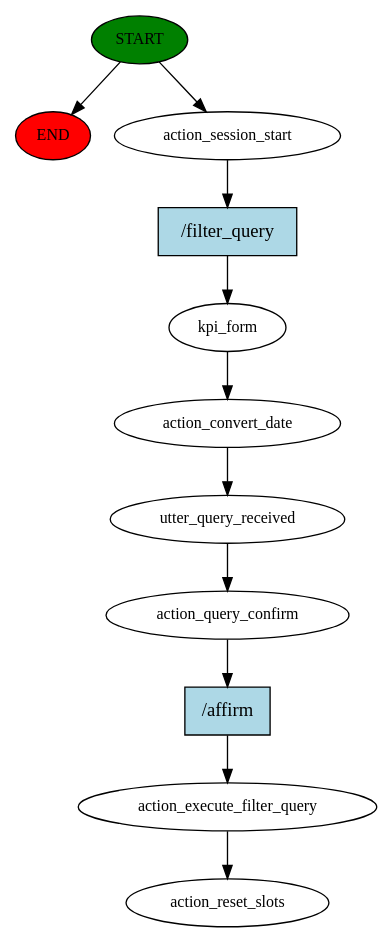
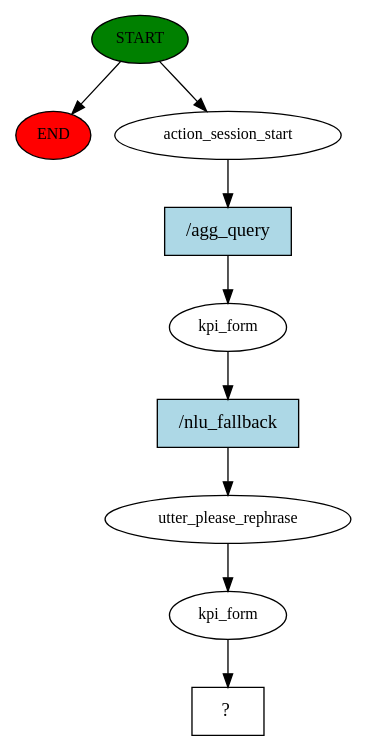
Before and after one commit to yuqiong11/kpichat: the diagram in story_graph.dot, drawn with Graphviz. The commit also changed 34 other files, not shown here.

Commit message:
output sql template for intent:agg_query

```diff
--- a/story_graph.dot
+++ b/story_graph.dot
@@ -1,23 +1,19 @@
 digraph  {
 0 [class="start active", fillcolor=green, fontsize=12, label=START, style=filled];
 "-1" [class=end, fillcolor=red, fontsize=12, label=END, style=filled];
 1 [class=active, fontsize=12, label=action_session_start];
 2 [class=active, fontsize=12, label=kpi_form];
-3 [class=active, fontsize=12, label=action_convert_date];
-4 [class=active, fontsize=12, label=utter_query_received];
-5 [class=active, fontsize=12, label=action_query_confirm];
-6 [class=active, fontsize=12, label=action_execute_filter_query];
-7 [class="dashed active", fontsize=12, label=action_reset_slots];
-8 [class="intent active", fillcolor=lightblue, label="/filter_query", shape=rect, style=filled];
-9 [class="intent active", fillcolor=lightblue, label="/affirm", shape=rect, style=filled];
+3 [class=active, fontsize=12, label=utter_please_rephrase];
+4 [class=active, fontsize=12, label=kpi_form];
+5 [class="intent dashed active", label="  ?  ", shape=rect];
+6 [class="intent active", fillcolor=lightblue, label="/agg_query", shape=rect, style=filled];
+7 [class="intent active", fillcolor=lightblue, label="/nlu_fallback", shape=rect, style=filled];
 0 -> "-1"  [class="", key=NONE, label=""];
 0 -> 1  [class=active, key=NONE, label=""];
-1 -> 8  [class=active, key=0];
-2 -> 3  [class=active, key=NONE, label=""];
+1 -> 6  [class=active, key=0];
+2 -> 7  [class=active, key=0];
 3 -> 4  [class=active, key=NONE, label=""];
 4 -> 5  [class=active, key=NONE, label=""];
-5 -> 9  [class=active, key=0];
-6 -> 7  [class=active, key=NONE, label=""];
-8 -> 2  [class=active, key=0];
-9 -> 6  [class=active, key=0];
+6 -> 2  [class=active, key=0];
+7 -> 3  [class=active, key=0];
 }
```
